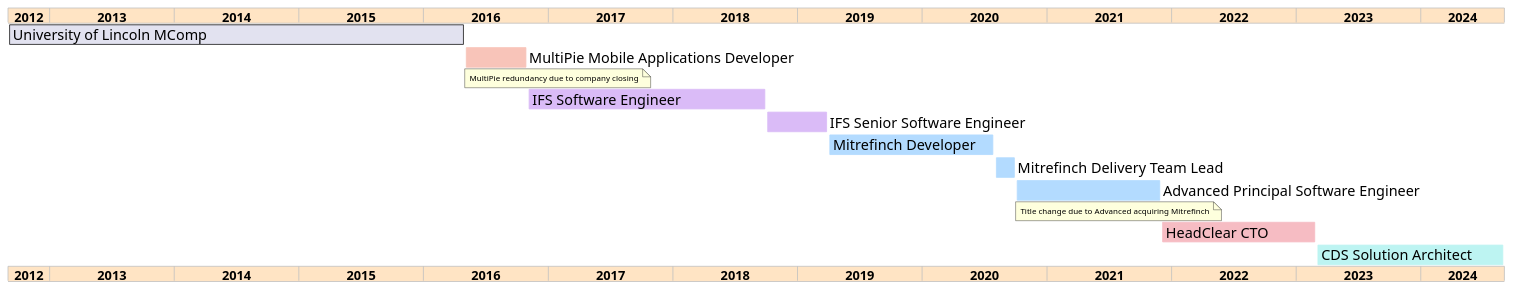
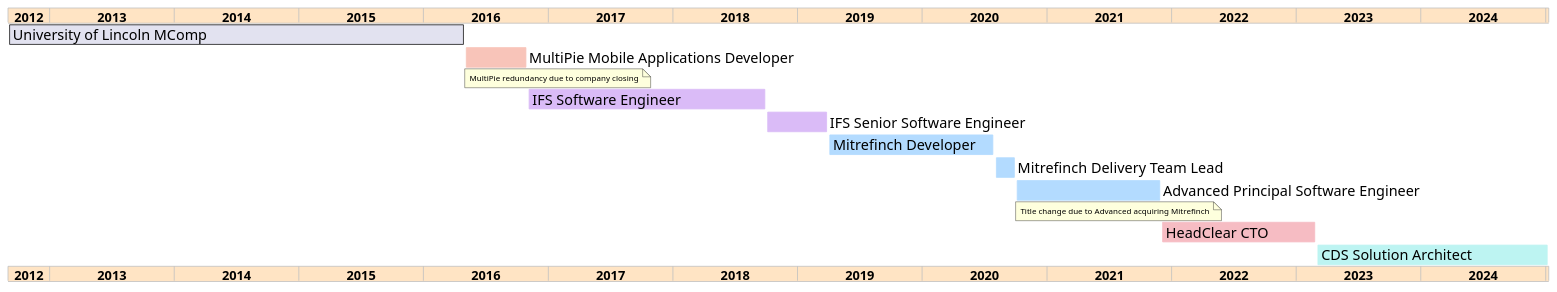
Before and after one commit to jamie-lord/Lord.technology: the diagram in me_gantt.puml, drawn with PlantUML.

```diff
--- a/me_gantt.puml
+++ b/me_gantt.puml
@@ -1,53 +1,53 @@
 @startgantt
 ganttscale yearly
 Project starts 2012-09-01
 
 <style>
 ganttDiagram {
     FontName Arial
     FontSize 18
     note {
         FontSize 10
     }
     timeline {
         BackgroundColor Bisque
         FontName Arial
         FontSize 16
         FontStyle bold
         FontColor black
     }
 }
 </style>
 
 [University of Lincoln MComp] starts 2012-09-01 and ends 2016-04-31
 
 [MultiPie Mobile Applications Developer] starts 2016-05-01 and ends 2016-10-31
 [MultiPie Mobile Applications Developer] is colored in #f8c4b9
 note bottom
 MultiPie redundancy due to company closing
 end note
 
 [IFS Software Engineer] starts 2016-11-01 and ends 2018-09-31
 [IFS Software Engineer] is colored in #dabbf7
 
 [IFS Senior Software Engineer] starts 2018-10-01 and ends 2019-03-31
 [IFS Senior Software Engineer] is colored in #dabbf7
 
 [Mitrefinch Developer] starts 2019-04-01 and ends 2020-07-30
 [Mitrefinch Developer] is colored in #b3dbff
 
 [Mitrefinch Delivery Team Lead] starts 2020-08-01 and ends 2020-09-31
 [Mitrefinch Delivery Team Lead] is colored in #b3dbff
 
 [Advanced Principal Software Engineer] starts 2020-10-01 and ends 2021-11-31
 [Advanced Principal Software Engineer] is colored in #b3dbff
 note bottom
 Title change due to Advanced acquiring Mitrefinch
 end note
 
 [HeadClear CTO] starts 2021-12-01 and ends 2023-02-28
 [HeadClear CTO] is colored in #f6bcc3
 
-[CDS Solution Architect] starts 2023-03-01 and ends 2024-09-01
+[CDS Solution Architect] starts 2023-03-01 and ends 2025-01-09
 [CDS Solution Architect] is colored in #bdf4f2
 @endgantt
```
